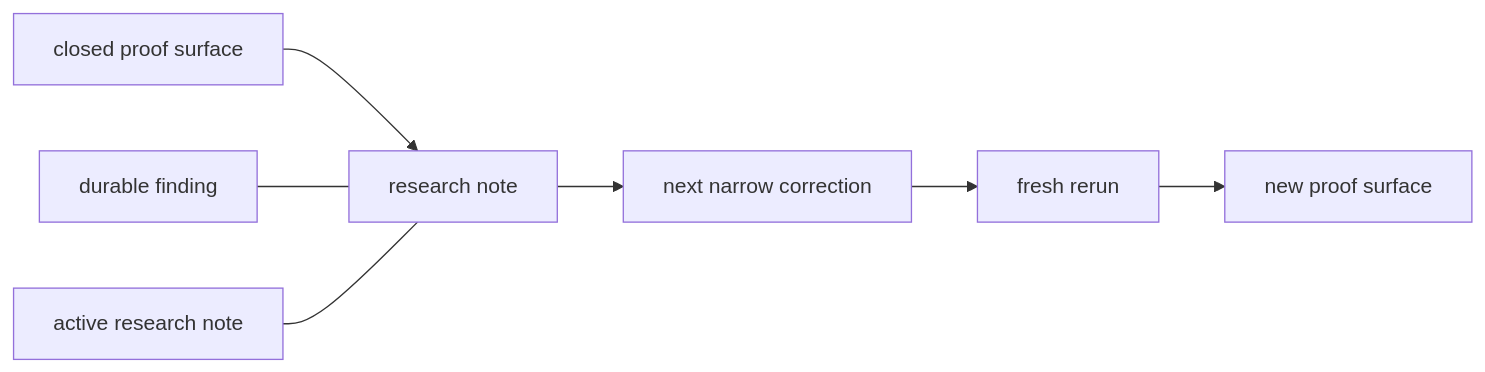
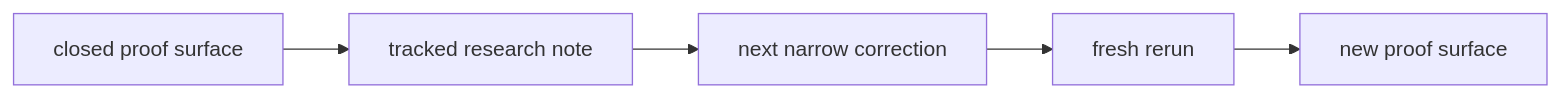
The diagram in docs/research/README.md (tryskian/huemiliator), drawn with Mermaid before and after one commit. The commit also changed other lines of this file and 11 other files, not shown here.

````diff
--- a/docs/research/README.md
+++ b/docs/research/README.md
@@ -34,10 +38,10 @@
 ```mermaid
 flowchart LR
-  A["closed proof surface"] --> B["research note"]
-  B --> C["next narrow correction"]
-  C --> D["fresh rerun"]
-  D --> E["new proof surface"]
+  A["closed proof surface"]
+  B["tracked research note"]
+  C["next narrow correction"]
+  D["fresh rerun"]
+  E["new proof surface"]
 
-  F["durable finding"] --- B
-  G["active research note"] --- B
+  A --> B --> C --> D --> E
 ```
````
